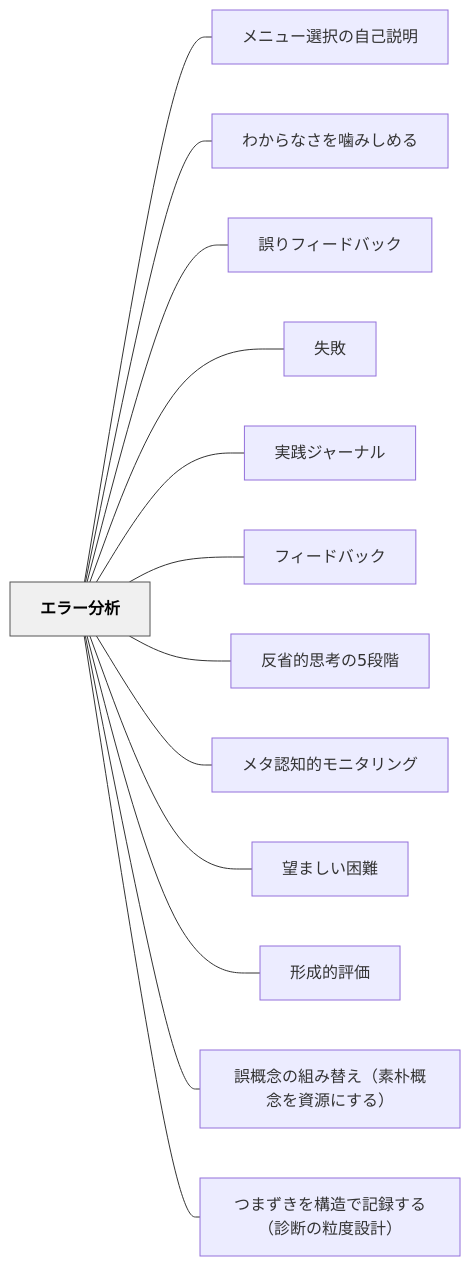
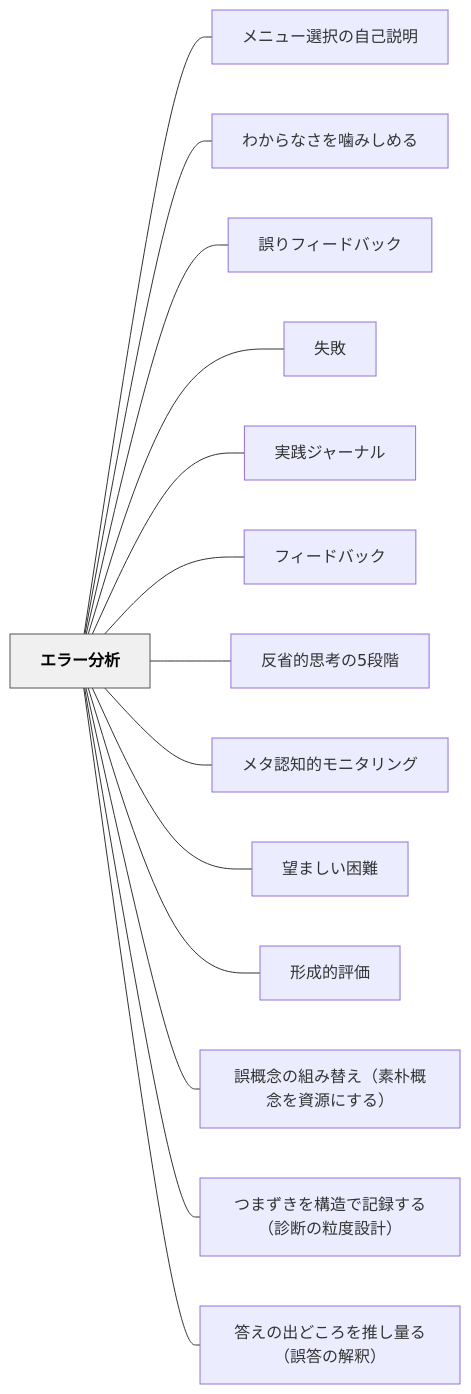
One commit to unknownthings-ed-patterns/unknownthings-ed-patterns changed the diagram in content/パタン/エラー分析.md. Above: the diagram before and after it, drawn with Mermaid. The commit also changed other lines of this file and 84 other files, not shown here.

````diff
--- a/content/パタン/エラー分析.md
+++ b/content/パタン/エラー分析.md
@@ -71,32 +73,34 @@
 ```mermaid
 flowchart LR
     ne382a8e383a9e383bce58886e69e90["エラー分析"]
     ne383a1e3838be383a5e383bce981b8e68a9ee381aee887aae5b7b1e8aaace6988e["メニュー選択の自己説明"]
     ne3828fe3818be38289e381aae38195e38292e5999be381bfe38197e38281e3828b["わからなさを噛みしめる"]
     ne8aaa4e3828ae38395e382a3e383bce38389e38390e38383e382af["誤りフィードバック"]
     ne5a4b1e69597["失敗"]
     ne5ae9fe8b7b5e382b8e383a3e383bce3838ae383ab["実践ジャーナル"]
     ne38395e382a3e383bce38389e38390e38383e382af["フィードバック"]
     ne58f8de79c81e79a84e6809de88083e381ae35e6aeb5e99a8e["反省的思考の5段階"]
     ne383a1e382bfe8aa8de79fa5e79a84e383a2e3838be382bfe383aae383b3e382b0["メタ認知的モニタリング"]
     ne69c9be381bee38197e38184e59bb0e99ba3["望ましい困難"]
     ne5bda2e68890e79a84e8a995e4bea1["形成的評価"]
     ne8aaa4e6a682e5bfb5e381aee7b584e381bfe69bbfe38188efbc88e7b4a0e69cb4e6a682e5bfb5e38292e8b387e6ba90e381abe38199e3828befbc89["誤概念の組み替え（素朴概念を資源にする）"]
     ne381a4e381bee3819ae3818de38292e6a78be980a0e381a7e8a898e98cb2e38199e3828befbc88e8a8bae696ade381aee7b292e5baa6e8a8ade8a888efbc89["つまずきを構造で記録する（診断の粒度設計）"]
+    ne7ad94e38188e381aee587bae381a9e38193e3828de38292e68ea8e38197e9878fe3828befbc88e8aaa4e7ad94e381aee8a7a3e98788efbc89["答えの出どころを推し量る（誤答の解釈）"]
 
     ne382a8e383a9e383bce58886e69e90 --- ne383a1e3838be383a5e383bce981b8e68a9ee381aee887aae5b7b1e8aaace6988e
     ne382a8e383a9e383bce58886e69e90 --- ne3828fe3818be38289e381aae38195e38292e5999be381bfe38197e38281e3828b
     ne382a8e383a9e383bce58886e69e90 --- ne8aaa4e3828ae38395e382a3e383bce38389e38390e38383e382af
     ne382a8e383a9e383bce58886e69e90 --- ne5a4b1e69597
     ne382a8e383a9e383bce58886e69e90 --- ne5ae9fe8b7b5e382b8e383a3e383bce3838ae383ab
     ne382a8e383a9e383bce58886e69e90 --- ne38395e382a3e383bce38389e38390e38383e382af
     ne382a8e383a9e383bce58886e69e90 --- ne58f8de79c81e79a84e6809de88083e381ae35e6aeb5e99a8e
     ne382a8e383a9e383bce58886e69e90 --- ne383a1e382bfe8aa8de79fa5e79a84e383a2e3838be382bfe383aae383b3e382b0
     ne382a8e383a9e383bce58886e69e90 --- ne69c9be381bee38197e38184e59bb0e99ba3
     ne382a8e383a9e383bce58886e69e90 --- ne5bda2e68890e79a84e8a995e4bea1
     ne382a8e383a9e383bce58886e69e90 --- ne8aaa4e6a682e5bfb5e381aee7b584e381bfe69bbfe38188efbc88e7b4a0e69cb4e6a682e5bfb5e38292e8b387e6ba90e381abe38199e3828befbc89
     ne382a8e383a9e383bce58886e69e90 --- ne381a4e381bee3819ae3818de38292e6a78be980a0e381a7e8a898e98cb2e38199e3828befbc88e8a8bae696ade381aee7b292e5baa6e8a8ade8a888efbc89
+    ne382a8e383a9e383bce58886e69e90 --- ne7ad94e38188e381aee587bae381a9e38193e3828de38292e68ea8e38197e9878fe3828befbc88e8aaa4e7ad94e381aee8a7a3e98788efbc89
 
     classDef hub fill:#f0f0f0,stroke:#555,color:#000,font-weight:bold
     class ne382a8e383a9e383bce58886e69e90 hub
 ```
````
